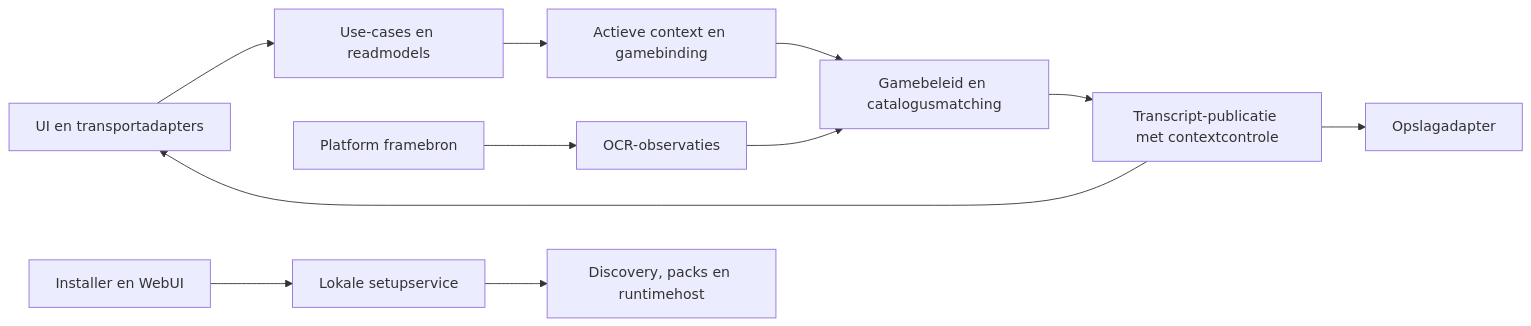
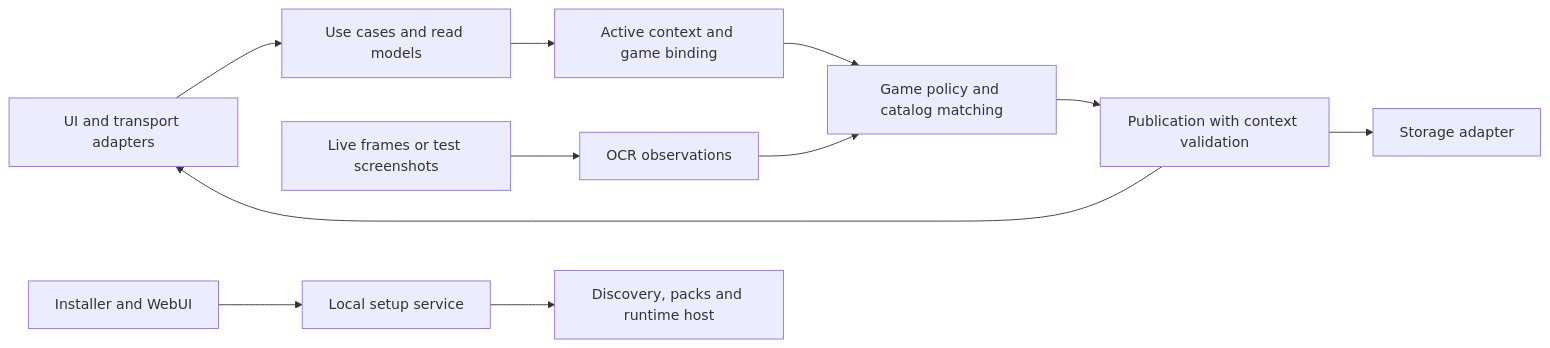
One commit to Firebird55/Game-immersion-toolkit changed the second of 2 diagrams in docs/rework-architecture.md. Above: the diagram before and after it, drawn with Mermaid. The commit also changed other lines of this file and 4 other files, not shown here.

````diff
--- a/docs/rework-architecture.md
+++ b/docs/rework-architecture.md
@@ -102,13 +96,13 @@
 ```mermaid
 flowchart LR
-  UI[UI en transportadapters] --> UC[Use-cases en readmodels]
-  UC --> CT[Actieve context en gamebinding]
-  FS[Platform framebron] --> OB[OCR-observaties]
-  CT --> GP[Gamebeleid en catalogusmatching]
+  UI[UI and transport adapters] --> UC[Use cases and read models]
+  UC --> CT[Active context and game binding]
+  FS[Live frames or test screenshots] --> OB[OCR observations]
+  CT --> GP[Game policy and catalog matching]
   OB --> GP
-  GP --> PB[Transcript-publicatie met contextcontrole]
-  PB --> ST[Opslagadapter]
+  GP --> PB[Publication with context validation]
+  PB --> ST[Storage adapter]
   PB --> UI
-  INS[Installer en WebUI] --> SET[Lokale setupservice]
-  SET --> RES[Discovery, packs en runtimehost]
+  INS[Installer and WebUI] --> SET[Local setup service]
+  SET --> RES[Discovery, packs and runtime host]
 ```
````
